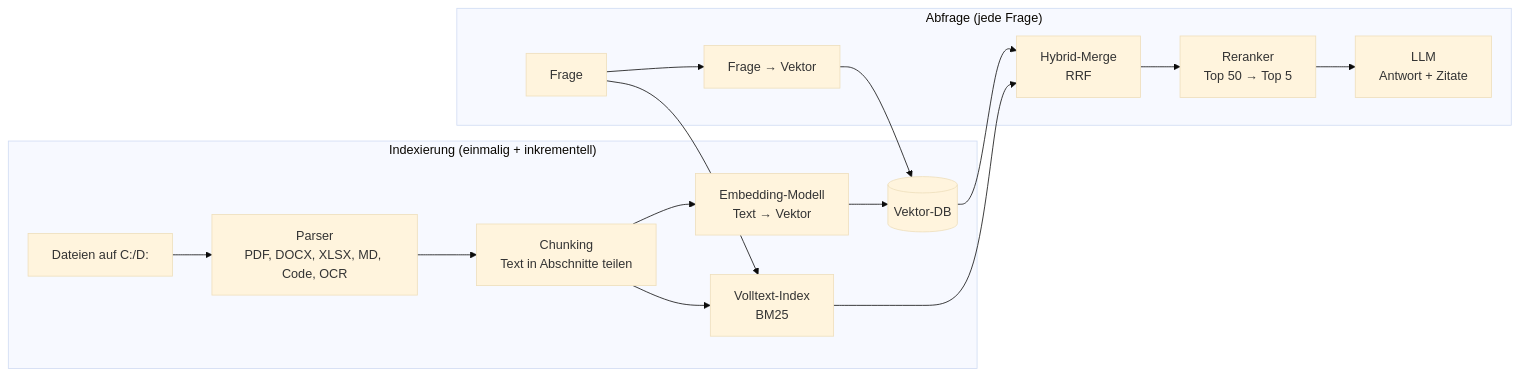
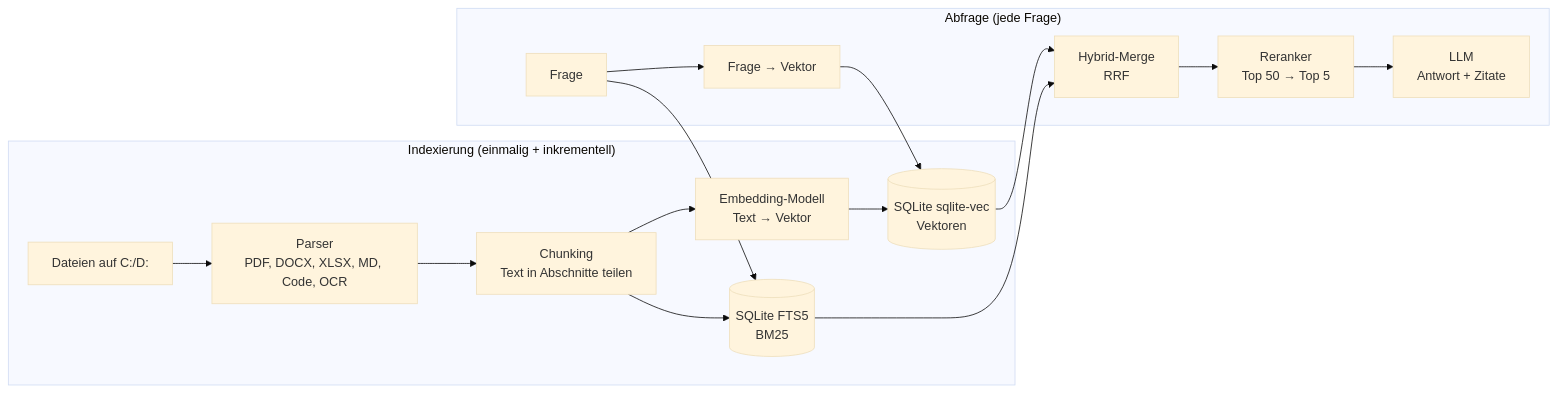
Before and after one commit to Dualshok3/localRAG: the diagram in PLAN.md, drawn with Mermaid (base theme). The commit also changed other lines of this file and 2 other files, not shown here.

Commit message:
docs: switch storage plan to single SQLite file (FTS5 + sqlite-vec)

````diff
--- a/PLAN.md
+++ b/PLAN.md
@@ -16,19 +16,19 @@
 ```mermaid
 flowchart LR
     subgraph Indexierung["Indexierung (einmalig + inkrementell)"]
         A[Dateien auf C:/D:] --> B[Parser<br/>PDF, DOCX, XLSX, MD, Code, OCR]
         B --> C[Chunking<br/>Text in Abschnitte teilen]
         C --> D[Embedding-Modell<br/>Text → Vektor]
-        C --> E[Volltext-Index<br/>BM25]
-        D --> F[(Vektor-DB)]
+        C --> E[(SQLite FTS5<br/>BM25)]
+        D --> F[(SQLite sqlite-vec<br/>Vektoren)]
     end
     subgraph Abfrage["Abfrage (jede Frage)"]
         Q[Frage] --> QE[Frage → Vektor]
         QE --> F
         Q --> E
         F --> H[Hybrid-Merge<br/>RRF]
         E --> H
         H --> R[Reranker<br/>Top 50 → Top 5]
         R --> L[LLM<br/>Antwort + Zitate]
     end
 ```
````
